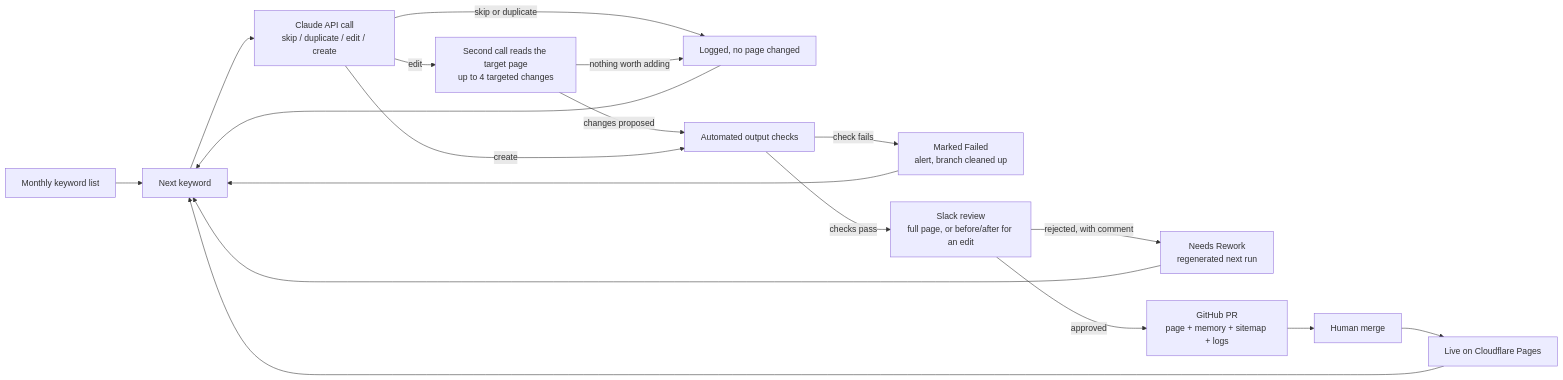
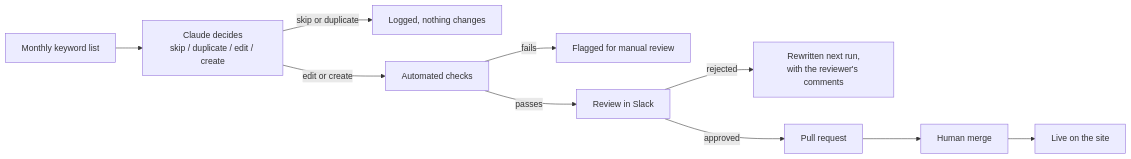
One commit to CecileMaindron/funnelsight-site changed the diagram in README.md. Above: the diagram before and after it, drawn with Mermaid. The commit also changed other lines of this file and 3 other files, not shown here.

````diff
--- a/README.md
+++ b/README.md
@@ -38,20 +48,12 @@
 ```mermaid
 flowchart LR
-    L[Monthly keyword list] --> A[Next keyword]
-    A --> B[Claude API call<br/>skip / duplicate / edit / create]
-    B -->|skip or duplicate| C[Logged, no page changed]
-    B -->|edit| P[Second call reads the target page<br/>up to 4 targeted changes]
-    P -->|nothing worth adding| C
-    P -->|changes proposed| V
-    B -->|create| V[Automated output checks]
-    V -->|check fails| X[Marked Failed<br/>alert, branch cleaned up]
-    V -->|checks pass| D[Slack review<br/>full page, or before/after for an edit]
-    D -->|rejected, with comment| R[Needs Rework<br/>regenerated next run]
-    D -->|approved| E[GitHub PR<br/>page + memory + sitemap + logs]
+    L[Monthly keyword list] --> B[Claude decides<br/>skip / duplicate / edit / create]
+    B -->|skip or duplicate| C[Logged, nothing changes]
+    B -->|edit or create| V[Automated checks]
+    V -->|fails| X[Flagged for manual review]
+    V -->|passes| D[Review in Slack]
+    D -->|rejected| R[Rewritten next run,<br/>with the reviewer's comments]
+    D -->|approved| E[Pull request]
     E --> F[Human merge]
-    F --> G[Live on Cloudflare Pages]
-    C --> A
-    X --> A
-    R --> A
-    G --> A
+    F --> G[Live on the site]
 ```
````
